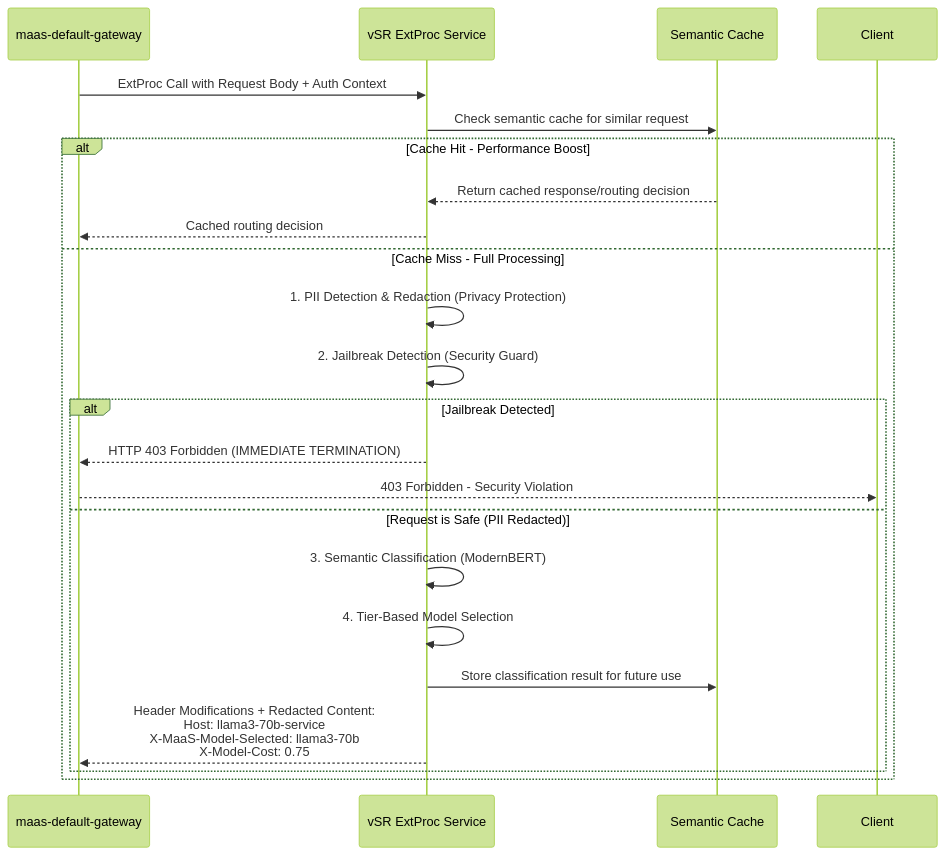
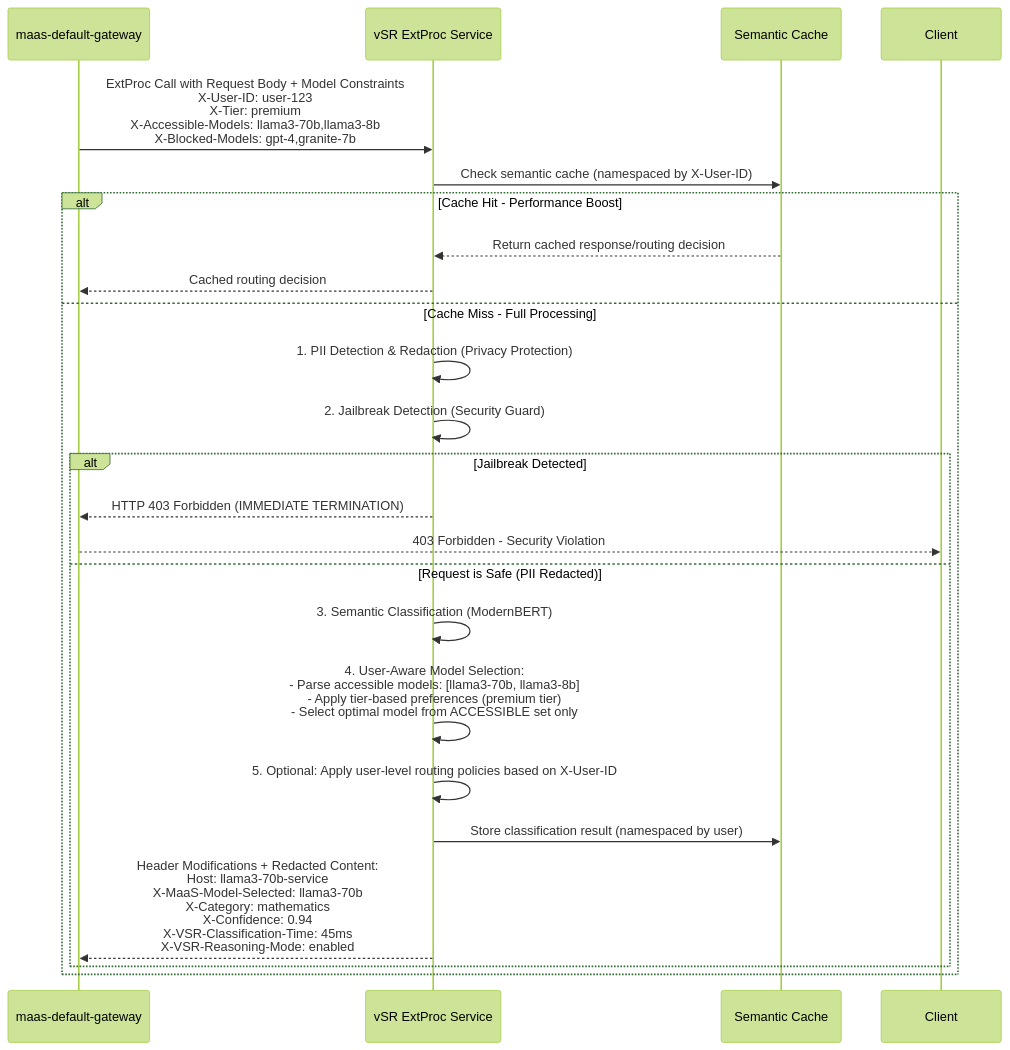
Diagram 13 of 18 in docs/designs/vSR-Integration/README.md (noyitz/maas-billing), drawn with Mermaid (forest theme) before and after one commit. The commit also changed other lines of this file, not shown here.

````diff
--- a/docs/designs/vSR-Integration/README.md
+++ b/docs/designs/vSR-Integration/README.md
@@ -398,28 +586,30 @@
 ```mermaid
 sequenceDiagram
     participant Gateway as maas-default-gateway
     participant vSR as vSR ExtProc Service
     participant Cache as Semantic Cache
     participant Client
     
-    Gateway->>vSR: ExtProc Call with Request Body + Auth Context
-    vSR->>Cache: Check semantic cache for similar request
+    Gateway->>vSR: ExtProc Call with Request Body + Model Constraints<br/>X-User-ID: user-123<br/>X-Tier: premium<br/>X-Accessible-Models: llama3-70b,llama3-8b<br/>X-Blocked-Models: gpt-4,granite-7b
+    
+    vSR->>Cache: Check semantic cache (namespaced by X-User-ID)
     
     alt Cache Hit - Performance Boost
         Cache-->>vSR: Return cached response/routing decision
         vSR-->>Gateway: Cached routing decision
     else Cache Miss - Full Processing
         vSR->>vSR: 1. PII Detection & Redaction (Privacy Protection)
         vSR->>vSR: 2. Jailbreak Detection (Security Guard)
         
         alt Jailbreak Detected
             vSR-->>Gateway: HTTP 403 Forbidden (IMMEDIATE TERMINATION)
             Gateway-->>Client: 403 Forbidden - Security Violation
         else Request is Safe (PII Redacted)
             vSR->>vSR: 3. Semantic Classification (ModernBERT)
-            vSR->>vSR: 4. Tier-Based Model Selection
-            vSR->>Cache: Store classification result for future use
-            vSR-->>Gateway: Header Modifications + Redacted Content:<br/>Host: llama3-70b-service<br/>X-MaaS-Model-Selected: llama3-70b<br/>X-Model-Cost: 0.75
+            vSR->>vSR: 4. User-Aware Model Selection:<br/>- Parse accessible models: [llama3-70b, llama3-8b]<br/>- Apply tier-based preferences (premium tier)<br/>- Select optimal model from ACCESSIBLE set only
+            vSR->>vSR: 5. Optional: Apply user-level routing policies based on X-User-ID
+            vSR->>Cache: Store classification result (namespaced by user)
+            vSR-->>Gateway: Header Modifications + Redacted Content:<br/>Host: llama3-70b-service<br/>X-MaaS-Model-Selected: llama3-70b<br/>X-Category: mathematics<br/>X-Confidence: 0.94<br/>X-VSR-Classification-Time: 45ms<br/>X-VSR-Reasoning-Mode: enabled
         end
     end
 ```
````
